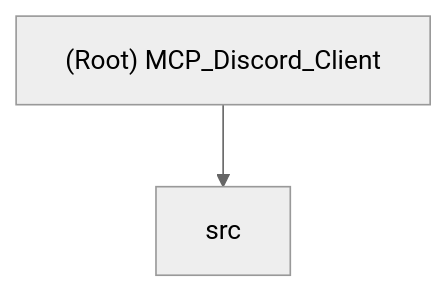
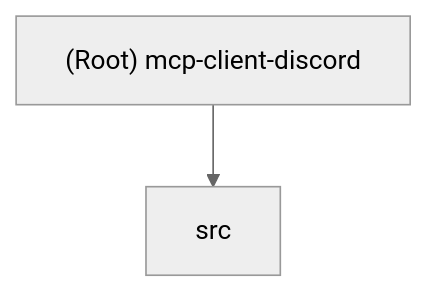
One commit to dadavidtseng/AGENTS changed the second of 2 diagrams in CLAUDE.md. Above: the diagram before and after it, drawn with Mermaid (neutral theme). The commit also changed other lines of this file and 1 other file, not shown here.

First line of the commit message:
docs: standardize MCP naming in documentation

````diff
--- a/CLAUDE.md
+++ b/CLAUDE.md
@@ -53,6 +53,6 @@
 ```mermaid
 graph TD
-    A["(Root) MCP_Discord_Client"] --> B["src"];
+    A["(Root) mcp-client-discord"] --> B["src"];
 
     click B "./src/CLAUDE.md" "View src module documentation"
 ```
````
